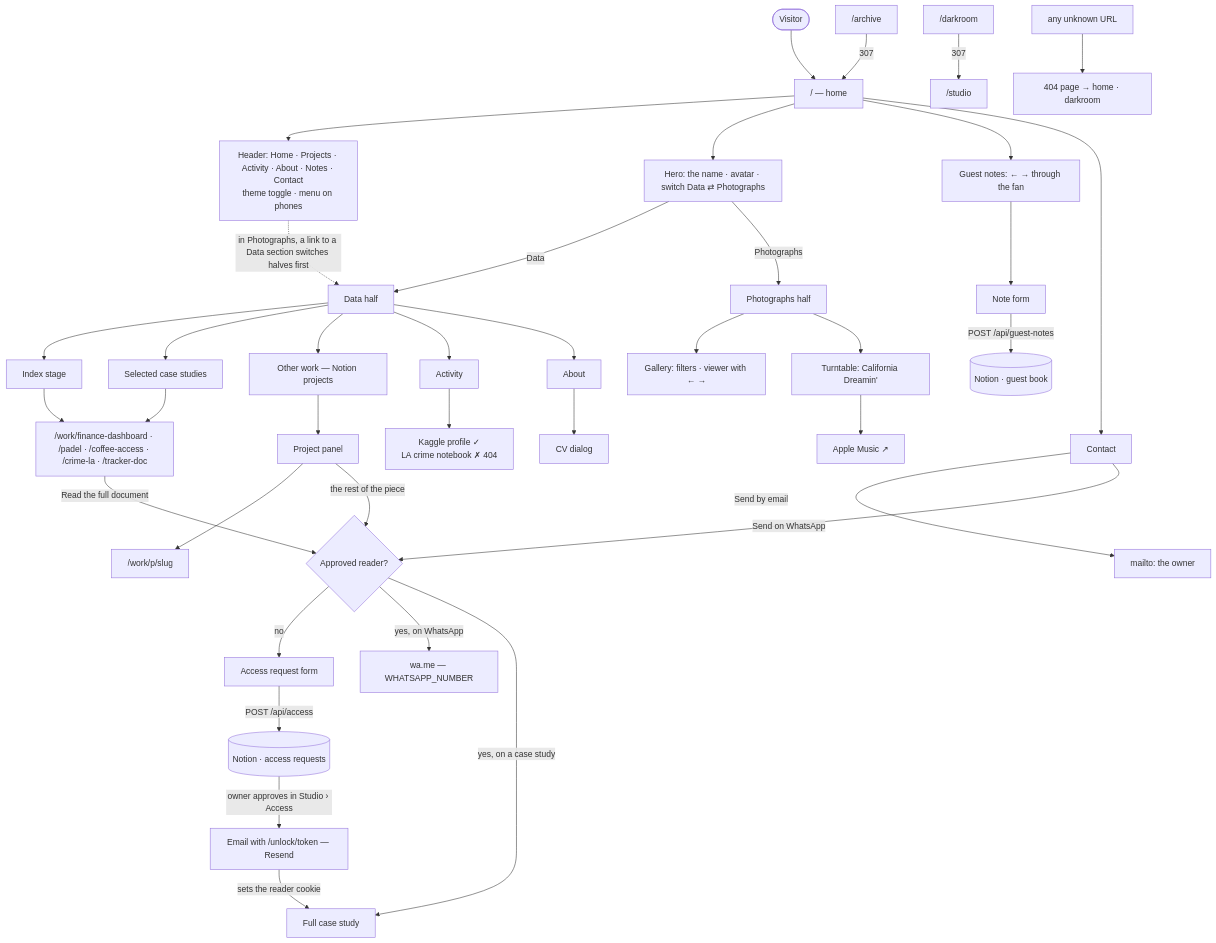
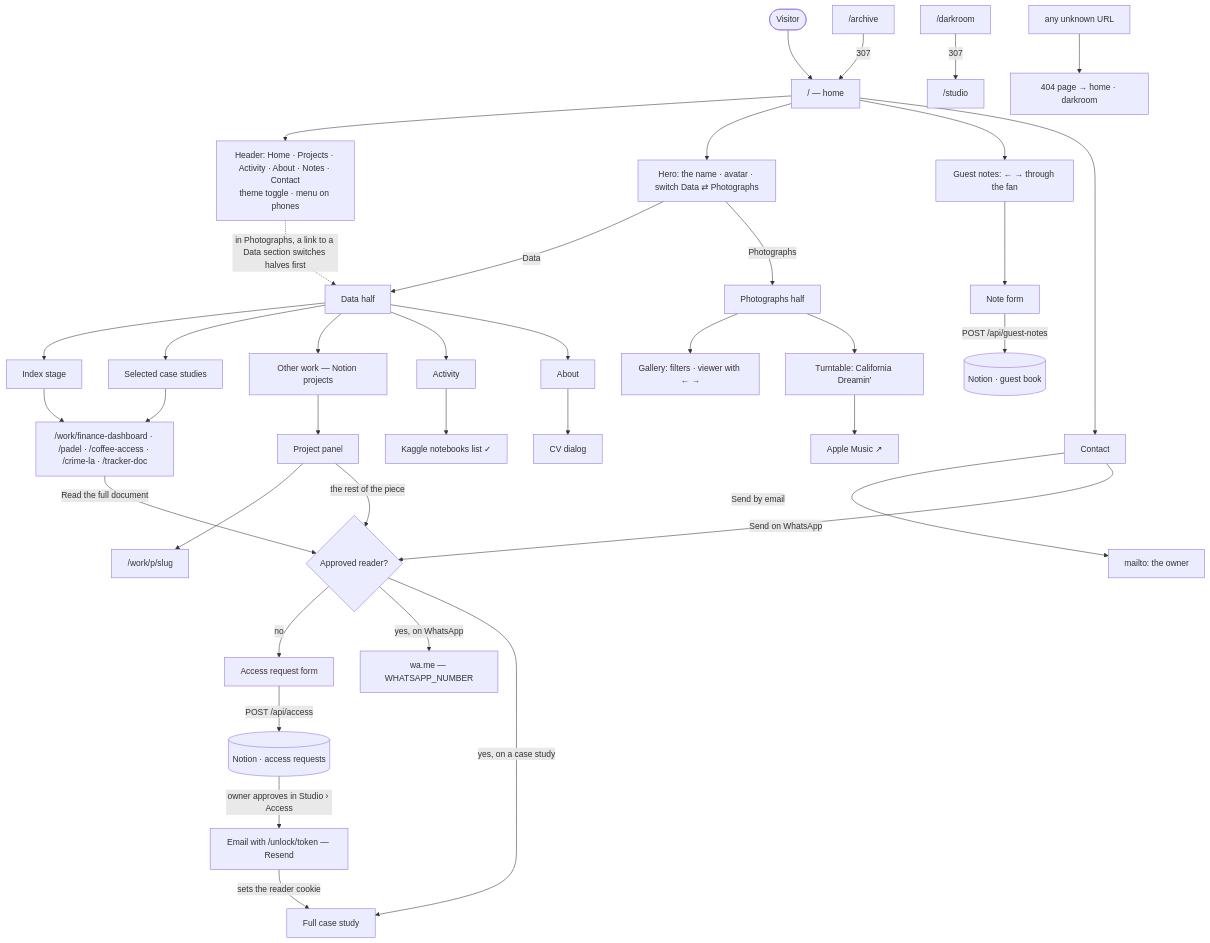
One commit to SurfingWhale/surfing_whale changed the first of 2 diagrams in docs/PRD-v3-admin-mode.md. Above: the diagram before and after it, drawn with Mermaid. The commit also changed other lines of this file and 3 other files, not shown here.

First line of the commit message:
Point Kaggle at the notebooks list and show each photograph once

````diff
--- a/docs/PRD-v3-admin-mode.md
+++ b/docs/PRD-v3-admin-mode.md
@@ -913,37 +913,37 @@
 ```mermaid
 flowchart TD
   V([Visitor]) --> HOME["/ — home"]
   HOME --> NAV["Header: Home · Projects · Activity · About · Notes · Contact<br/>theme toggle · menu on phones"]
   HOME --> HERO["Hero: the name · avatar · switch Data ⇄ Photographs"]
   HERO -->|Data| DATA["Data half"]
   HERO -->|Photographs| PHOTOS["Photographs half"]
   NAV -.->|"in Photographs, a link to a Data section switches halves first"| DATA
 
   DATA --> INDEX["Index stage"] --> WORK["/work/finance-dashboard · /padel · /coffee-access · /crime-la · /tracker-doc"]
   DATA --> SELECTED["Selected case studies"] --> WORK
   DATA --> OTHER["Other work — Notion projects"] --> PANEL["Project panel"]
   PANEL --> OWNPAGE["/work/p/slug"]
-  DATA --> ACTIVITY["Activity"] --> KAGGLE["Kaggle profile ✓<br/>LA crime notebook ✗ 404"]
+  DATA --> ACTIVITY["Activity"] --> KAGGLE["Kaggle notebooks list ✓"]
   DATA --> ABOUT["About"] --> CV["CV dialog"]
 
   PHOTOS --> GALLERY["Gallery: filters · viewer with ← →"]
   PHOTOS --> DECK["Turntable: California Dreamin'"] --> APPLE["Apple Music ↗"]
 
   HOME --> NOTES["Guest notes: ← → through the fan"] --> NOTEFORM["Note form"]
   NOTEFORM -->|POST /api/guest-notes| GB[("Notion · guest book")]
   HOME --> CONTACT["Contact"]
   CONTACT -->|Send by email| MAILTO["mailto: the owner"]
   CONTACT -->|Send on WhatsApp| READER{"Approved reader?"}
   WORK -->|Read the full document| READER
   PANEL -->|the rest of the piece| READER
   READER -->|no| ASK["Access request form"]
   READER -->|yes, on WhatsApp| WA["wa.me — WHATSAPP_NUMBER"]
   READER -->|yes, on a case study| FULL["Full case study"]
   ASK -->|POST /api/access| AR[("Notion · access requests")]
   AR -->|owner approves in Studio › Access| LINK["Email with /unlock/token — Resend"]
   LINK -->|sets the reader cookie| FULL
 
   OLD1["/darkroom"] -->|307| STUDIOLINK["/studio"]
   OLD2["/archive"] -->|307| HOME
   NOPE["any unknown URL"] --> NF["404 page → home · darkroom"]
 ```
````
